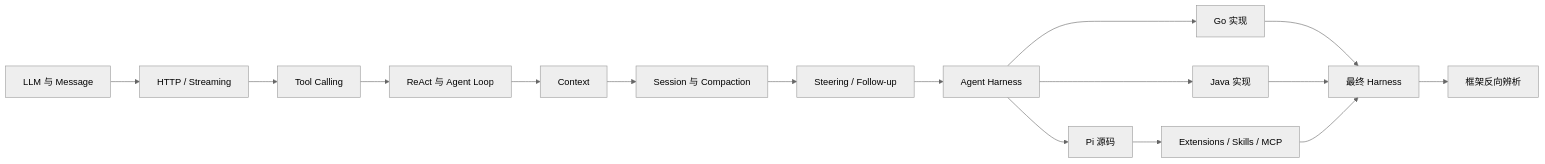
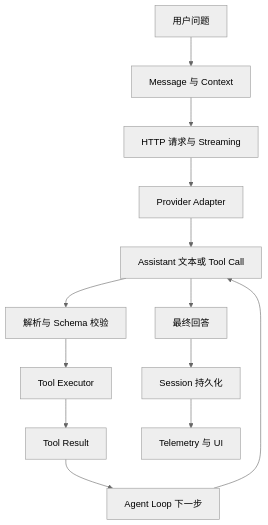
Before and after one commit to coolerks/pi-lean: the first of 2 diagrams in ai-agent-learning/00-guide/course-map.mdx, drawn with Mermaid (neutral theme). The commit also changed other lines of this file and 135 other files, not shown here.

````diff
--- a/ai-agent-learning/00-guide/course-map.mdx
+++ b/ai-agent-learning/00-guide/course-map.mdx
@@ -8,18 +12,15 @@
 ```mermaid
-flowchart LR
-    A[LLM 与 Message] --> B[HTTP / Streaming]
-    B --> C[Tool Calling]
-    C --> D[ReAct 与 Agent Loop]
-    D --> E[Context]
-    E --> F[Session 与 Compaction]
-    F --> G[Steering / Follow-up]
-    G --> H[Agent Harness]
-    H --> I[Pi 源码]
-    H --> J[Go 实现]
-    H --> K[Java 实现]
-    I --> L[Extensions / Skills / MCP]
-    J --> M[最终 Harness]
-    K --> M
-    L --> M
-    M --> N[框架反向辨析]
+flowchart TD
+    U[用户问题] --> M[Message 与 Context]
+    M --> H[HTTP 请求与 Streaming]
+    H --> A[Provider Adapter]
+    A --> C[Assistant 文本或 Tool Call]
+    C --> V[解析与 Schema 校验]
+    V --> E[Tool Executor]
+    E --> R[Tool Result]
+    R --> L[Agent Loop 下一步]
+    L --> C
+    C --> F[最终回答]
+    F --> S[Session 持久化]
+    S --> O[Telemetry 与 UI]
 ```
````
